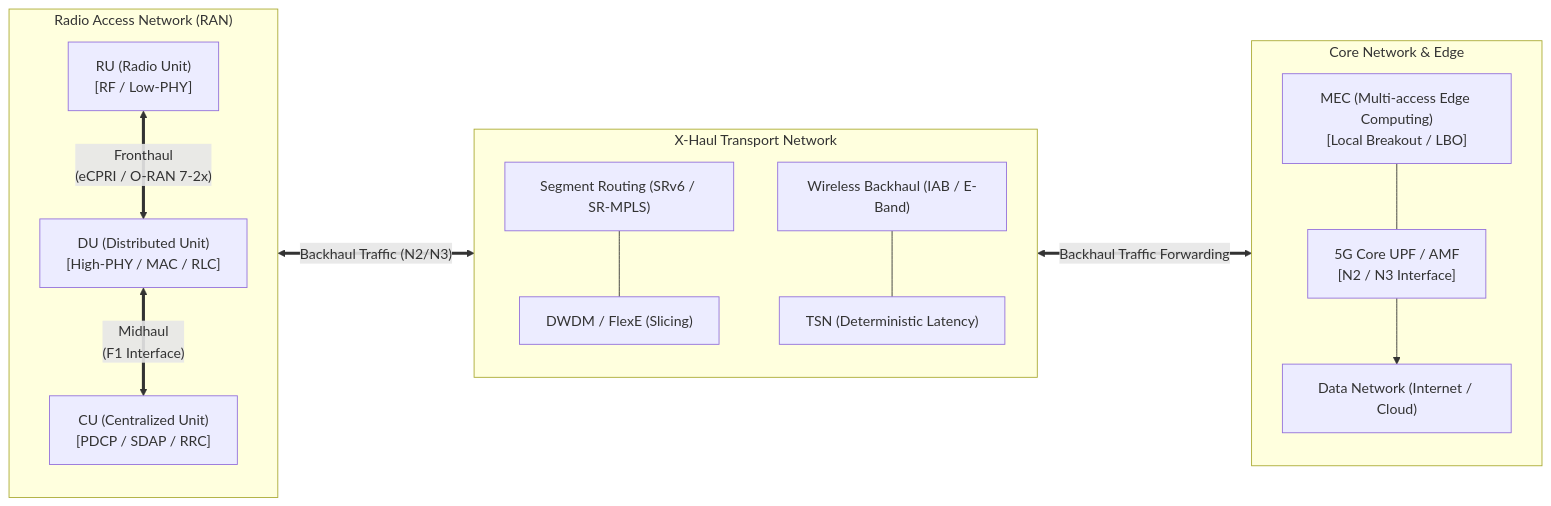
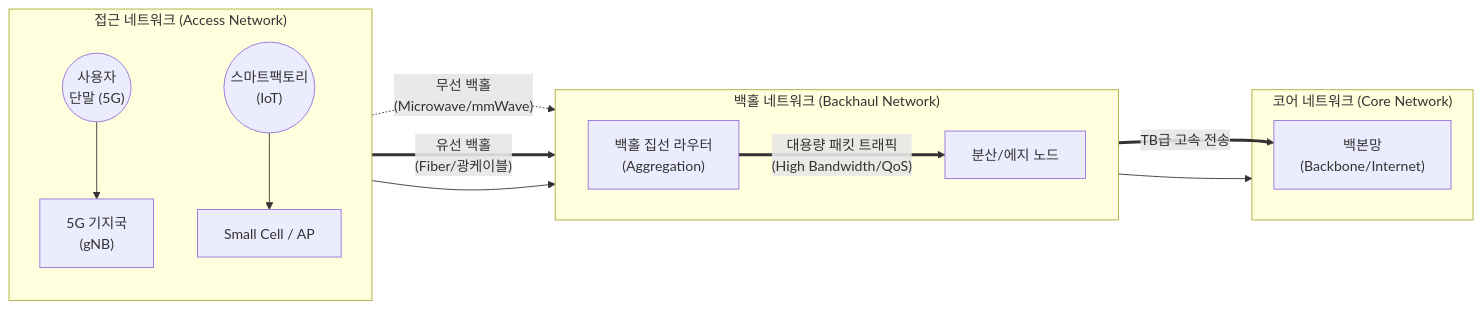
The diagram in content/02_IT_Tech/백홀 트래픽.md (supremethumb/supremethumb.github.io), drawn with Mermaid before and after one commit. The commit also changed other lines of this file and 1970 other files, not shown here.

First line of the commit message:
feat(content): restructure 02_IT_Tech with 10 domain MOCs, wikilinks, related topics, and fix all mermaid syntax errors

````diff
--- a/content/02_IT_Tech/백홀 트래픽.md
+++ b/content/02_IT_Tech/백홀 트래픽.md
@@ -26,36 +30,22 @@
 ```mermaid
 flowchart LR
-    subgraph RAN["Radio Access Network (RAN)"]
+    subgraph Access["접근 네트워크 (Access Network)"]
         direction TB
-        RU["RU (Radio Unit)<br/>[RF / Low-PHY]"]
-        DU["DU (Distributed Unit)<br/>[High-PHY / MAC / RLC]"]
-        CU["CU (Centralized Unit)<br/>[PDCP / SDAP / RRC]"]
-
-        RU <== "Fronthaul<br/>(eCPRI / O-RAN 7-2x)" ==> DU
-        DU <== "Midhaul<br/>(F1 Interface)" ==> CU
+        UE1(("사용자<br/>단말 (5G)")) --> BS1["5G 기지국<br/>(gNB)"]
+        UE2(("스마트팩토리<br/>(IoT)")) --> BS2["Small Cell / AP"]
     end
 
-    subgraph Transport["X-Haul Transport Network"]
-        direction TB
-        SR["Segment Routing (SRv6 / SR-MPLS)"]
-        WDM["DWDM / FlexE (Slicing)"]
-        IAB["Wireless Backhaul (IAB / E-Band)"]
-        TSN["TSN (Deterministic Latency)"]
-
-        SR --- WDM
-        IAB --- TSN
+    subgraph Backhaul["백홀 네트워크 (Backhaul Network)"]
+        direction LR
+        BS1 -. "무선 백홀<br/>(Microwave/mmWave)" .-> BR["백홀 집선 라우터<br/>(Aggregation)"]
+        BS2 == "유선 백홀<br/>(Fiber/광케이블)" ==> BR
+        BR == "대용량 패킷 트래픽<br/>(High Bandwidth/QoS)" ==> CoreEdge["분산/에지 노드"]
     end
 
-    subgraph Core["Core Network & Edge"]
-        direction TB
-        MEC["MEC (Multi-access Edge Computing)<br/>[Local Breakout / LBO]"]
-        UPF["5G Core UPF / AMF<br/>[N2 / N3 Interface]"]
-        DN["Data Network (Internet / Cloud)"]
-
-        MEC --- UPF
-        UPF --> DN
+    subgraph Core["코어 네트워크 (Core Network)"]
+        CoreEdge == "TB급 고속 전송" ==> Backbone["백본망<br/>(Backbone/Internet)"]
     end
 
-    CU <== "Backhaul Traffic (N2/N3)" ==> Transport
-    Transport <== "Backhaul Traffic Forwarding" ==> Core
+    Access --> Backhaul --> Core
+
 ```
````
